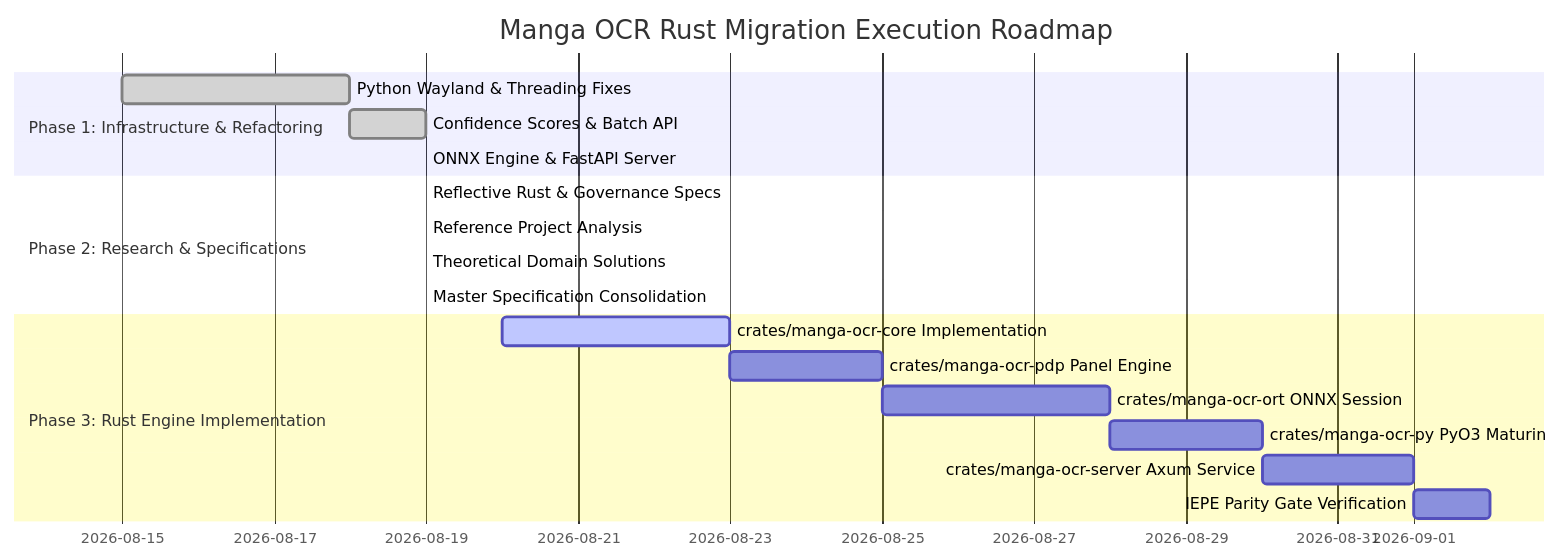
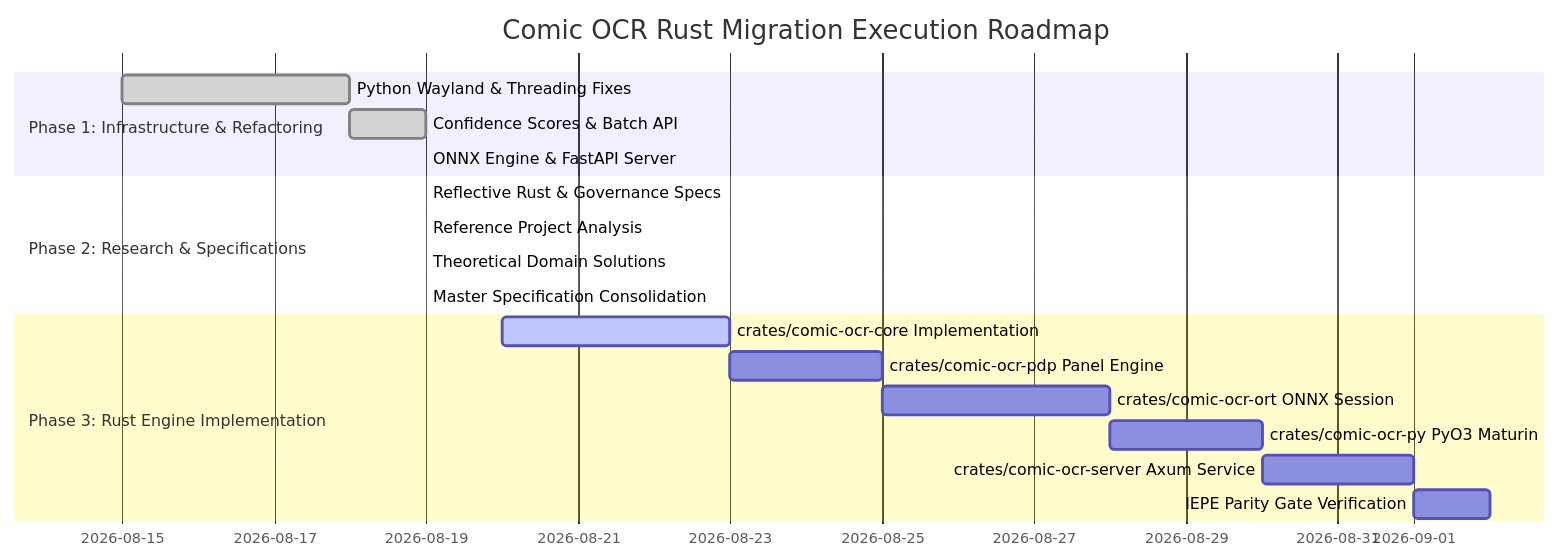
Before and after one commit to zachshallbetter/manga-ocr-rust: the sixth of 6 diagrams in docs/MASTER_ARCHITECTURE_SPECIFICATION.md, drawn with Mermaid. The commit also changed other lines of this file and 5 other files, not shown here.

Commit message:
feat(scene): add Phase 5 Scene Graph tasks to TODO, update Master Specification and API reference, wire REST handlers

````diff
--- a/docs/MASTER_ARCHITECTURE_SPECIFICATION.md
+++ b/docs/MASTER_ARCHITECTURE_SPECIFICATION.md
@@ -460,21 +530,21 @@
 ```mermaid
 gantt
-    title Manga OCR Rust Migration Execution Roadmap
+    title Comic OCR Rust Migration Execution Roadmap
     dateFormat  YYYY-MM-DD
     section Phase 1: Infrastructure & Refactoring
     Python Wayland & Threading Fixes     :done,    p1, 2026-08-15, 2026-08-18
     Confidence Scores & Batch API        :done,    p2, 2026-08-18, 2026-08-19
     ONNX Engine & FastAPI Server         :done,    p3, 2026-08-19, 2026-08-19
     section Phase 2: Research & Specifications
     Reflective Rust & Governance Specs   :done,    r1, 2026-08-19, 2026-08-19
     Reference Project Analysis           :done,    r2, 2026-08-19, 2026-08-19
     Theoretical Domain Solutions         :done,    r3, 2026-08-19, 2026-08-19
     Master Specification Consolidation   :done,    r4, 2026-08-19, 2026-08-19
     section Phase 3: Rust Engine Implementation
-    crates/manga-ocr-core Implementation :active,  m1, 2026-08-20, 2026-08-23
-    crates/manga-ocr-pdp Panel Engine    :         m2, 2026-08-23, 2026-08-25
-    crates/manga-ocr-ort ONNX Session    :         m3, 2026-08-25, 2026-08-28
-    crates/manga-ocr-py PyO3 Maturin     :         m4, 2026-08-28, 2026-08-30
-    crates/manga-ocr-server Axum Service :         m5, 2026-08-30, 2026-09-01
+    crates/comic-ocr-core Implementation :active,  m1, 2026-08-20, 2026-08-23
+    crates/comic-ocr-pdp Panel Engine    :         m2, 2026-08-23, 2026-08-25
+    crates/comic-ocr-ort ONNX Session    :         m3, 2026-08-25, 2026-08-28
+    crates/comic-ocr-py PyO3 Maturin     :         m4, 2026-08-28, 2026-08-30
+    crates/comic-ocr-server Axum Service :         m5, 2026-08-30, 2026-09-01
     IEPE Parity Gate Verification        :         m6, 2026-09-01, 2026-09-02
 ```
````
